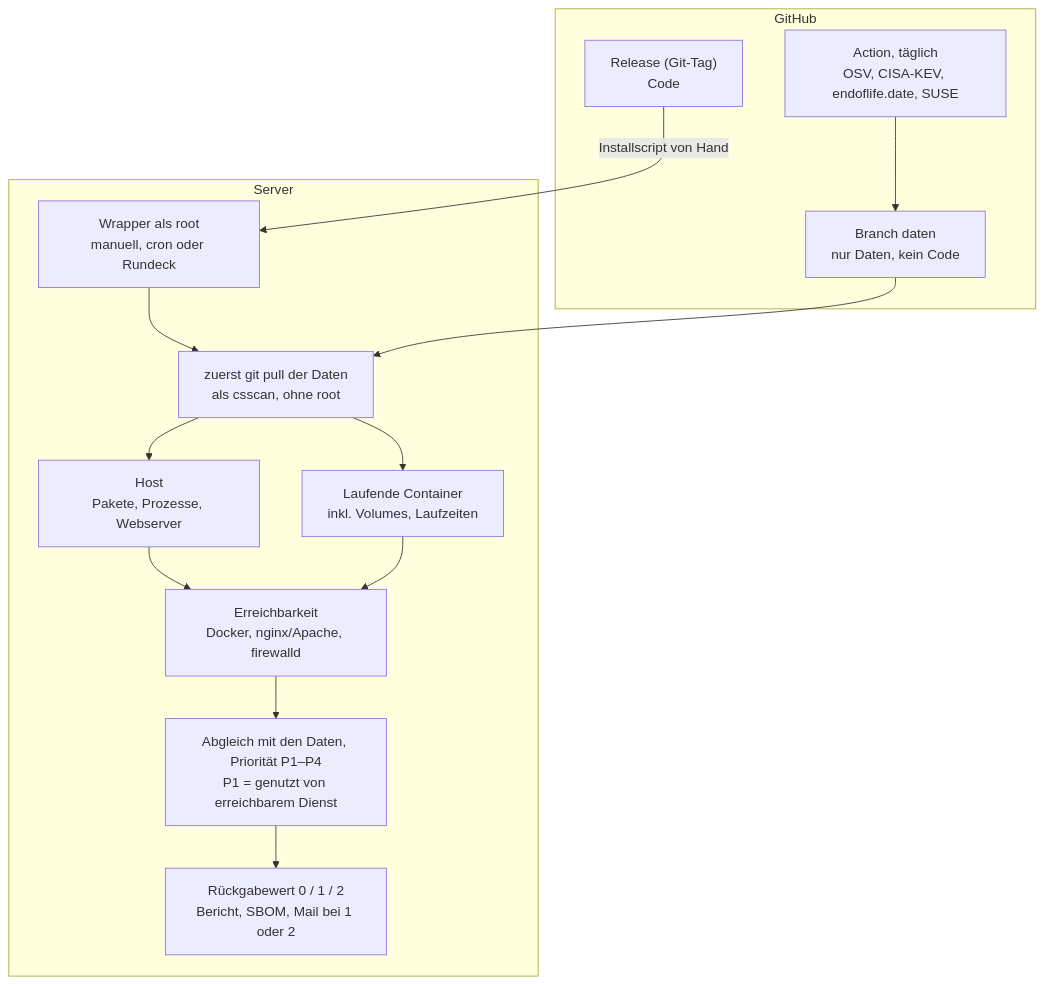
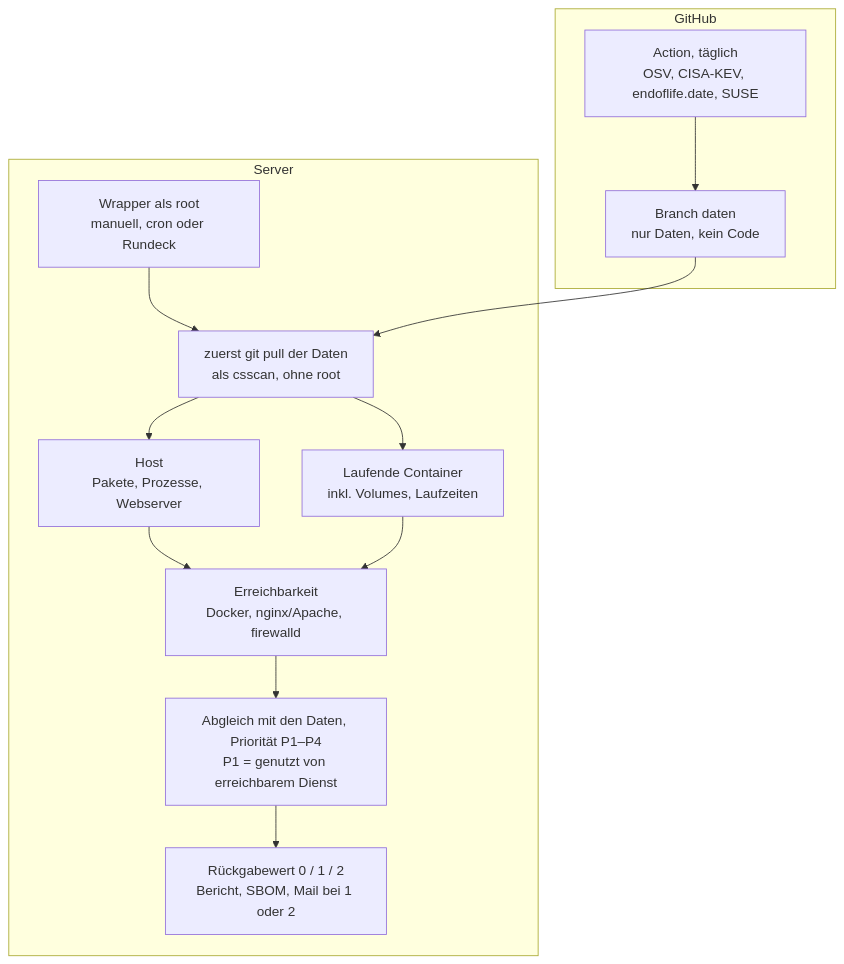
One commit to dla-marbach/container-security-scan changed the diagram in README.md. Above: the diagram before and after it, drawn with Mermaid.

Commit message:
README: Diagramm ohne den Weg des Codes
Claude-Session: https://claude.ai/code/session_01HX9cT9cjPv4ZGAw2rrH43K

````diff
--- a/README.md
+++ b/README.md
@@ -52,22 +52,20 @@
 ```mermaid
 flowchart TD
     subgraph gh["GitHub"]
         A["Action, täglich<br/>OSV, CISA-KEV, endoflife.date, SUSE"]
         B["Branch daten<br/>nur Daten, kein Code"]
-        R["Release (Git-Tag)<br/>Code"]
         A --> B
     end
     subgraph srv["Server"]
         W["Wrapper als root<br/>manuell, cron oder Rundeck"]
         C["zuerst git pull der Daten<br/>als csscan, ohne root"]
         E["Host<br/>Pakete, Prozesse, Webserver"]
         F["Laufende Container<br/>inkl. Volumes, Laufzeiten"]
         G["Erreichbarkeit<br/>Docker, nginx/Apache, firewalld"]
         H["Abgleich mit den Daten, Priorität P1–P4<br/>P1 = genutzt von erreichbarem Dienst"]
         I["Rückgabewert 0 / 1 / 2<br/>Bericht, SBOM, Mail bei 1 oder 2"]
         W --> C --> E & F
         E & F --> G --> H --> I
     end
     B --> C
-    R -->|Installscript von Hand| W
 ```
````
